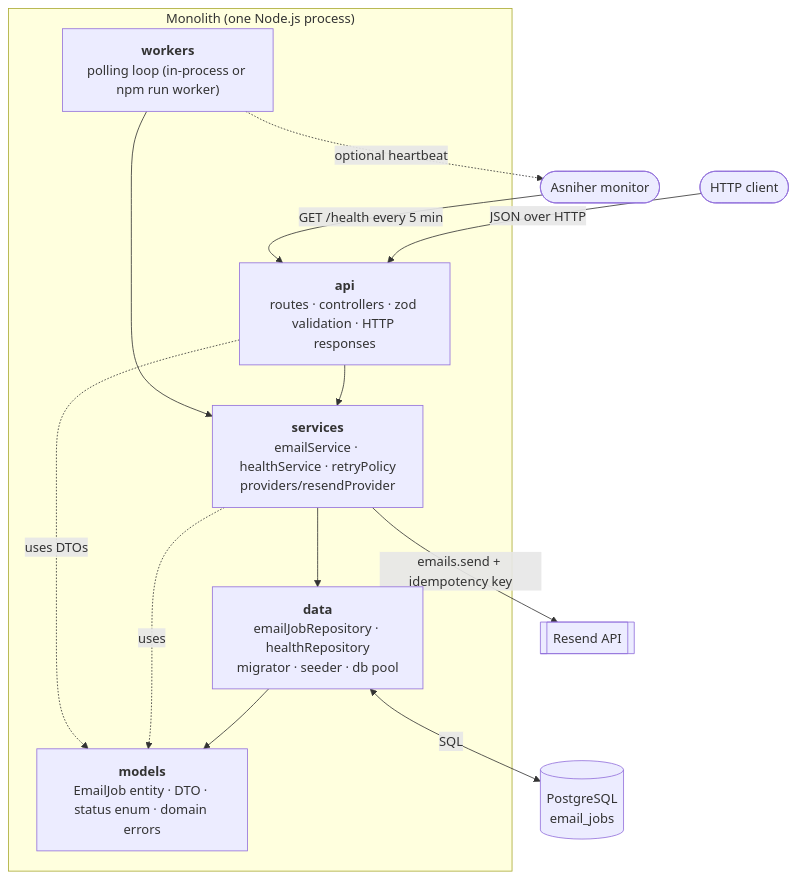
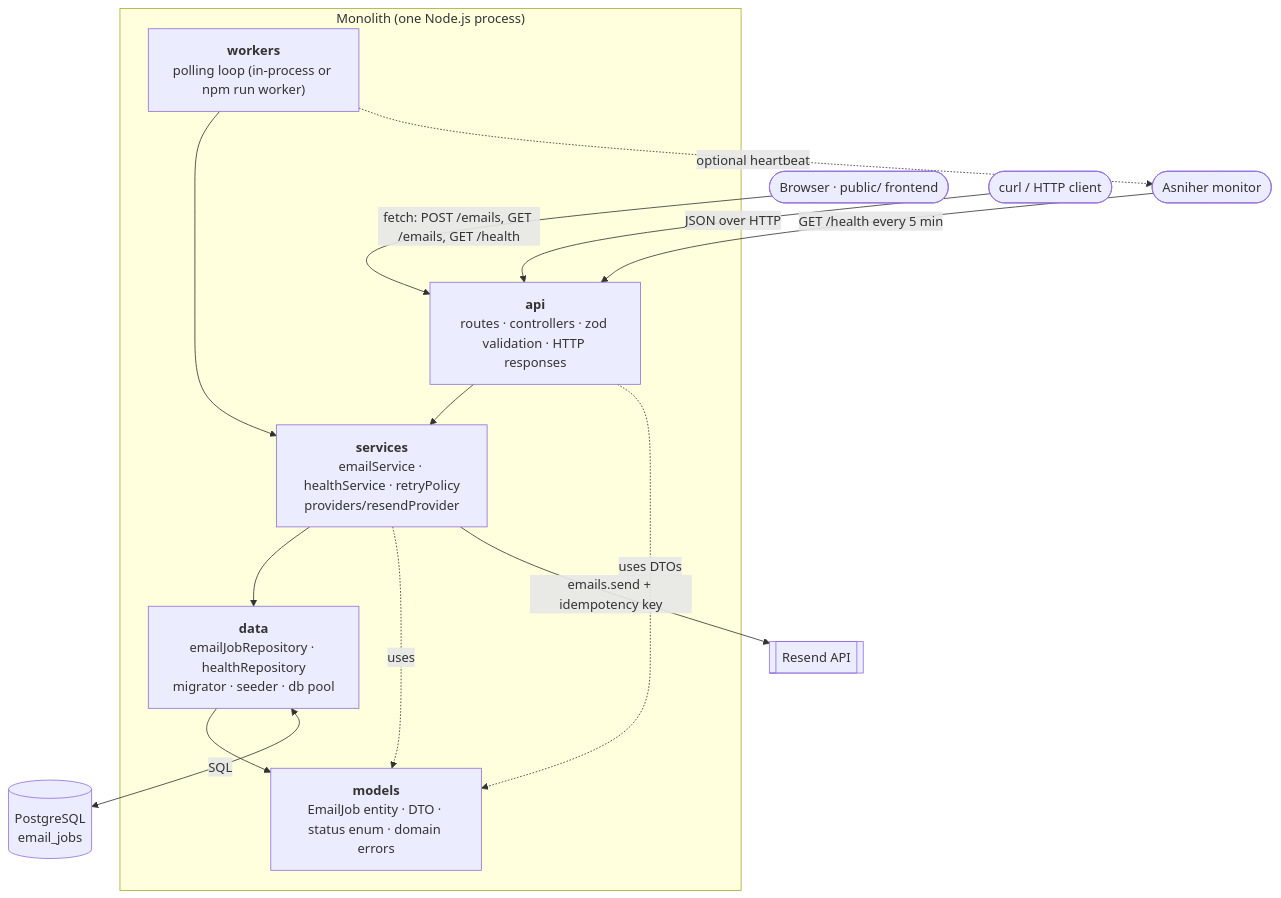
One commit to arjetadauti/email-queue-service changed the first of 2 diagrams in README.md. Above: the diagram before and after it, drawn with Mermaid. The commit also changed other lines of this file and 1 other file, not shown here.

First line of the commit message:
docs: describe the frontend and add a screenshot to the README

````diff
--- a/README.md
+++ b/README.md
@@ -31,24 +35,25 @@
 ```mermaid
 flowchart TD
-    Client([HTTP client]) -->|JSON over HTTP| API
+    Browser([Browser · public/ frontend]) -->|fetch: POST /emails, GET /emails, GET /health| API
+    Client([curl / HTTP client]) -->|JSON over HTTP| API
     Monitor([Asniher monitor]) -->|GET /health every 5 min| API
 
     subgraph App["Monolith (one Node.js process)"]
         API["<b>api</b><br/>routes · controllers · zod validation · HTTP responses"]
         Worker["<b>workers</b><br/>polling loop (in-process or npm run worker)"]
         SVC["<b>services</b><br/>emailService · healthService · retryPolicy<br/>providers/resendProvider"]
         DATA["<b>data</b><br/>emailJobRepository · healthRepository<br/>migrator · seeder · db pool"]
         MODELS["<b>models</b><br/>EmailJob entity · DTO · status enum · domain errors"]
 
         API --> SVC
         Worker --> SVC
         SVC --> DATA
         DATA --> MODELS
         SVC -.uses.-> MODELS
         API -.uses DTOs.-> MODELS
     end
 
     DATA <-->|SQL| PG[(PostgreSQL<br/>email_jobs)]
     SVC -->|emails.send + idempotency key| Resend[[Resend API]]
     Worker -.->|optional heartbeat| Monitor
 ```
````
